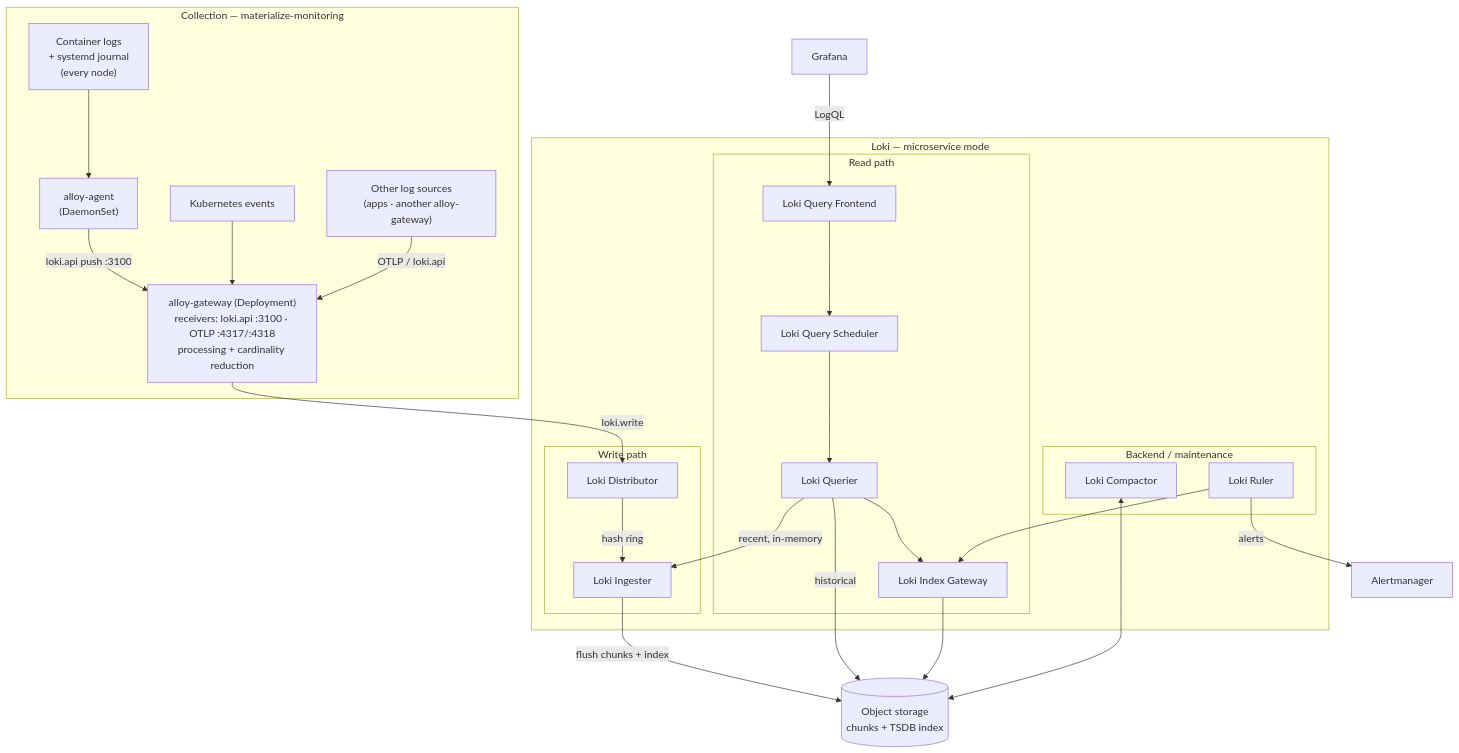
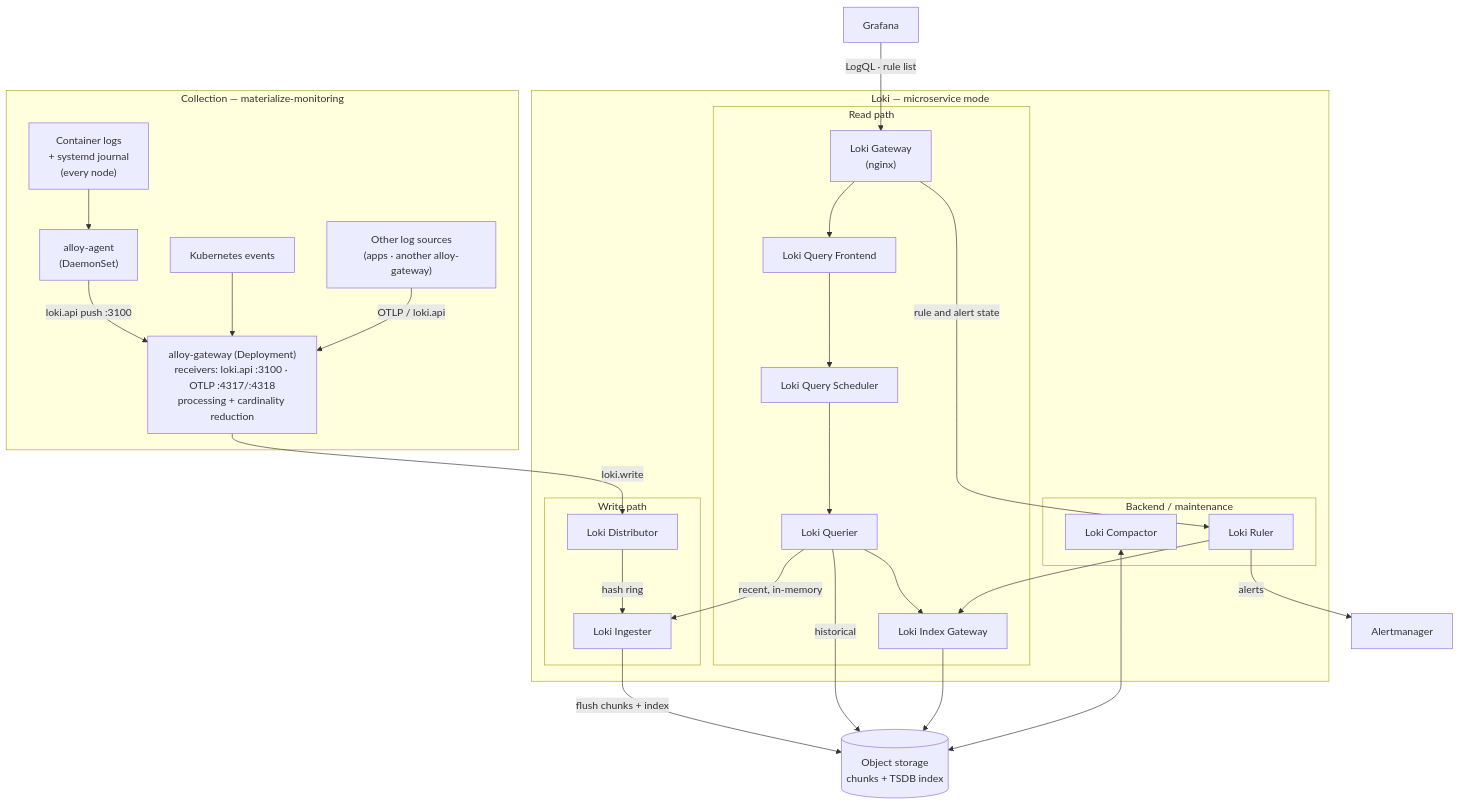
The first of 3 diagrams in docs/content/logs-and-events/architecture.md (MaterializeInc/materialize-monitoring), drawn with Mermaid before and after one commit. The commit also changed other lines of this file and 34 other files, not shown here.

First line of the commit message:
Re-enable the nginx Loki gateway so Grafana lists Loki rules

````diff
--- a/docs/content/logs-and-events/architecture.md
+++ b/docs/content/logs-and-events/architecture.md
@@ -31,48 +31,51 @@
 ```mermaid
 flowchart TB
   subgraph collect["Collection — materialize-monitoring"]
     logs["Container logs<br/>+ systemd journal<br/>(every node)"]
     events["Kubernetes events"]
     other["Other log sources<br/>(apps · another alloy-gateway)"]
     agent["alloy-agent<br/>(DaemonSet)"]
     gateway["alloy-gateway (Deployment)<br/>receivers: loki.api :3100 · OTLP :4317/:4318<br/>processing + cardinality reduction"]
     logs --> agent
     agent -->|"loki.api push :3100"| gateway
     events --> gateway
     other -->|"OTLP / loki.api"| gateway
   end
 
   subgraph loki["Loki — microservice mode"]
     subgraph lwrite["Write path"]
       dist["Loki Distributor"]
       ing["Loki Ingester"]
       dist -->|"hash ring"| ing
     end
     subgraph lread["Read path"]
+      lgw["Loki Gateway<br/>(nginx)"]
       qf["Loki Query Frontend"]
       qs["Loki Query Scheduler"]
       qr["Loki Querier"]
       idxgw["Loki Index Gateway"]
+      lgw --> qf
       qf --> qs --> qr
       qr --> idxgw
     end
     subgraph lback["Backend / maintenance"]
       comp["Loki Compactor"]
       ruler["Loki Ruler"]
     end
   end
 
   store[("Object storage<br/>chunks + TSDB index")]
   graf["Grafana"]
   am["Alertmanager"]
 
   gateway -->|"loki.write"| dist
   ing -->|"flush chunks + index"| store
   qr -->|"recent, in-memory"| ing
   qr -->|"historical"| store
   idxgw --> store
   comp <--> store
   ruler --> idxgw
   ruler -->|"alerts"| am
-  graf -->|"LogQL"| qf
+  graf -->|"LogQL · rule list"| lgw
+  lgw -->|"rule and alert state"| ruler
 ```
````
